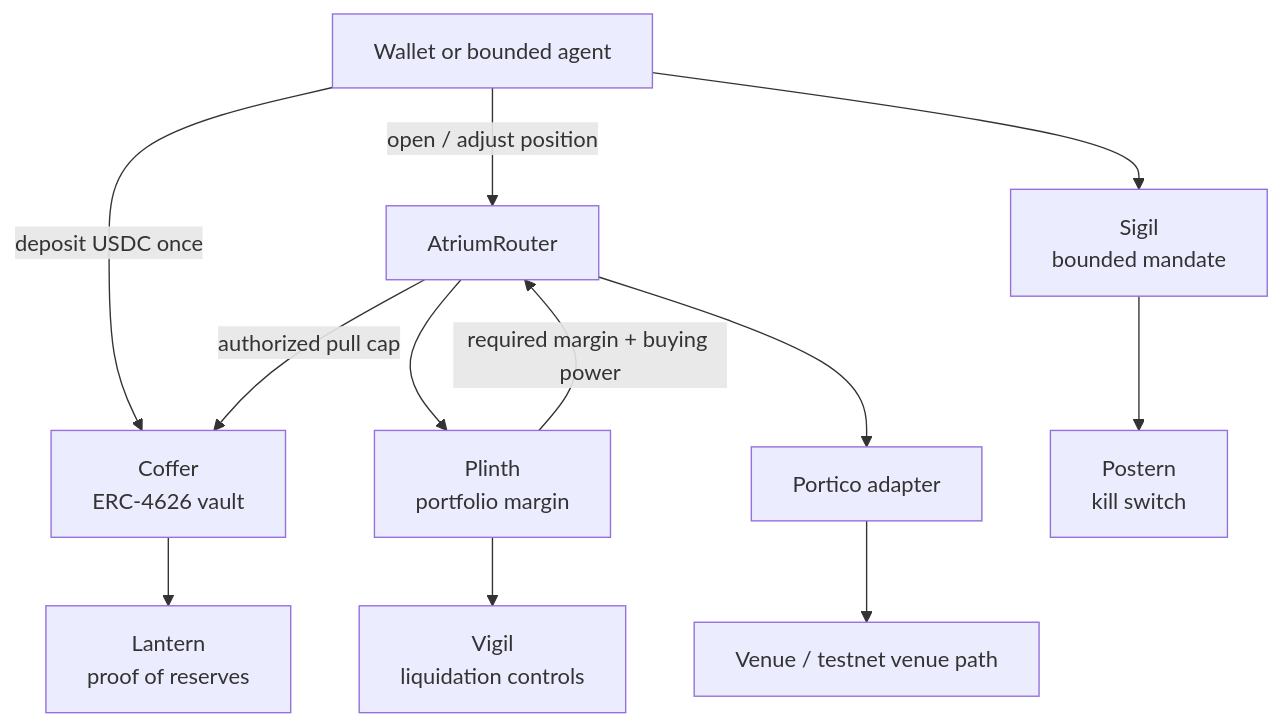
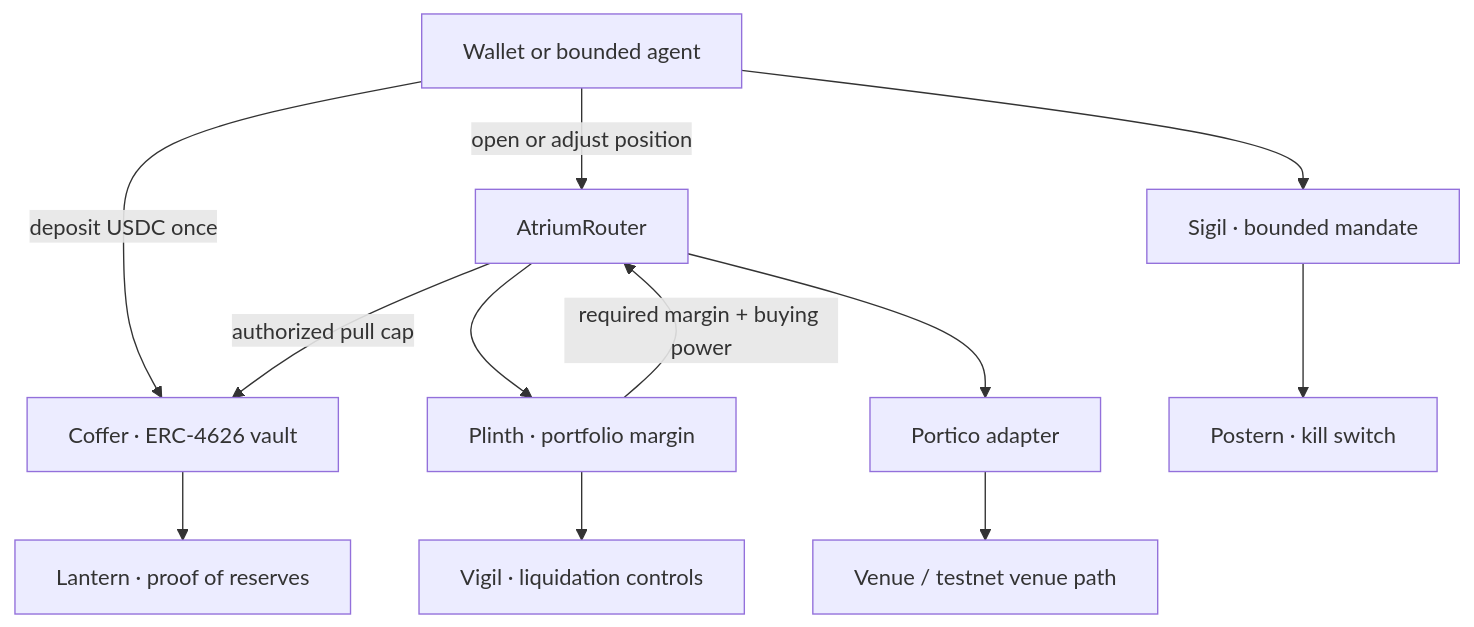
One commit to Pratiikpy/atrium changed the diagram in README.md. Above: the diagram before and after it, drawn with Mermaid. The commit also changed other lines of this file, not shown here.

First line of the commit message:
docs(readme): rebuild around verify-first proof, netting, and the acting agent

````diff
--- a/README.md
+++ b/README.md
@@ -119,15 +136,15 @@
 ```mermaid
 flowchart TD
     U["Wallet or bounded agent"]
-    U -->|"deposit USDC once"| C["Coffer<br/>ERC-4626 vault"]
-    U -->|"open / adjust position"| R["AtriumRouter"]
-    R --> P["Plinth<br/>portfolio margin"]
+    U -->|"deposit USDC once"| C["Coffer · ERC-4626 vault"]
+    U -->|"open or adjust position"| R["AtriumRouter"]
+    R --> P["Plinth · portfolio margin"]
     P -->|"required margin + buying power"| R
     R -->|"authorized pull cap"| C
     R --> A["Portico adapter"]
     A --> V["Venue / testnet venue path"]
-    C --> L["Lantern<br/>proof of reserves"]
-    U --> S["Sigil<br/>bounded mandate"]
-    S --> K["Postern<br/>kill switch"]
-    P --> Q["Vigil<br/>liquidation controls"]
+    C --> L["Lantern · proof of reserves"]
+    U --> S["Sigil · bounded mandate"]
+    S --> K["Postern · kill switch"]
+    P --> Q["Vigil · liquidation controls"]
 ```
````
